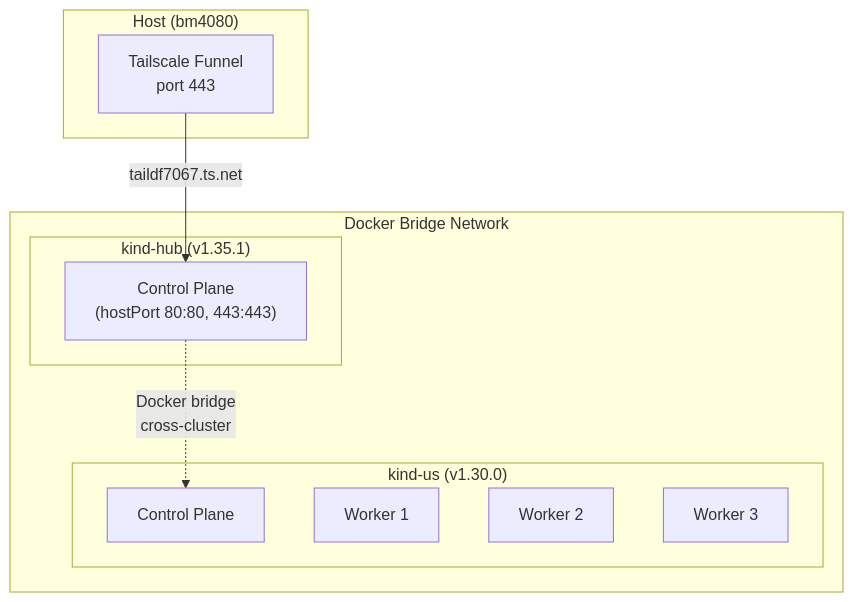
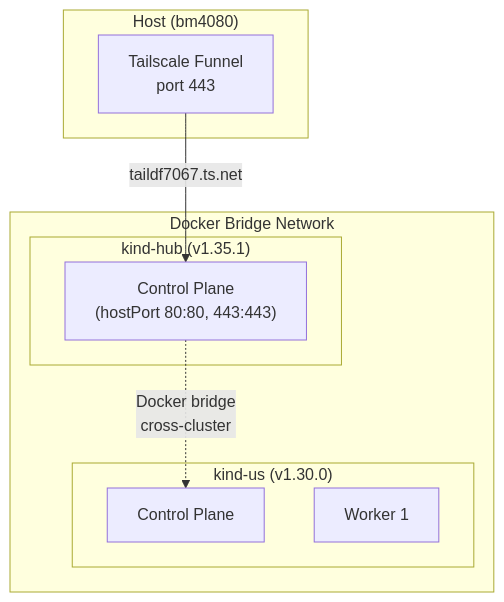
The diagram in docs/platform-mvp/01-kind-topology.md (sojoner/kro-lab), drawn with Mermaid before and after one commit. The commit also changed other lines of this file and 58 other files, not shown here.

````diff
--- a/docs/platform-mvp/01-kind-topology.md
+++ b/docs/platform-mvp/01-kind-topology.md
@@ -7,22 +7,20 @@
 ```mermaid
 graph TB
     subgraph Docker["Docker Bridge Network"]
         subgraph HUB["kind-hub (v1.35.1)"]
             HUB_CP["Control Plane<br/>(hostPort 80:80, 443:443)"]
         end
 
         subgraph US["kind-us (v1.30.0)"]
             US_CP["Control Plane"]
             US_W1["Worker 1"]
-            US_W2["Worker 2"]
-            US_W3["Worker 3"]
         end
     end
 
     subgraph Host["Host (bm4080)"]
         TAILSCALE["Tailscale Funnel<br/>port 443"]
     end
 
     TAILSCALE -->|"taildf7067.ts.net"| HUB_CP
     HUB_CP -.->|"Docker bridge<br/>cross-cluster"| US_CP
 ```
````
